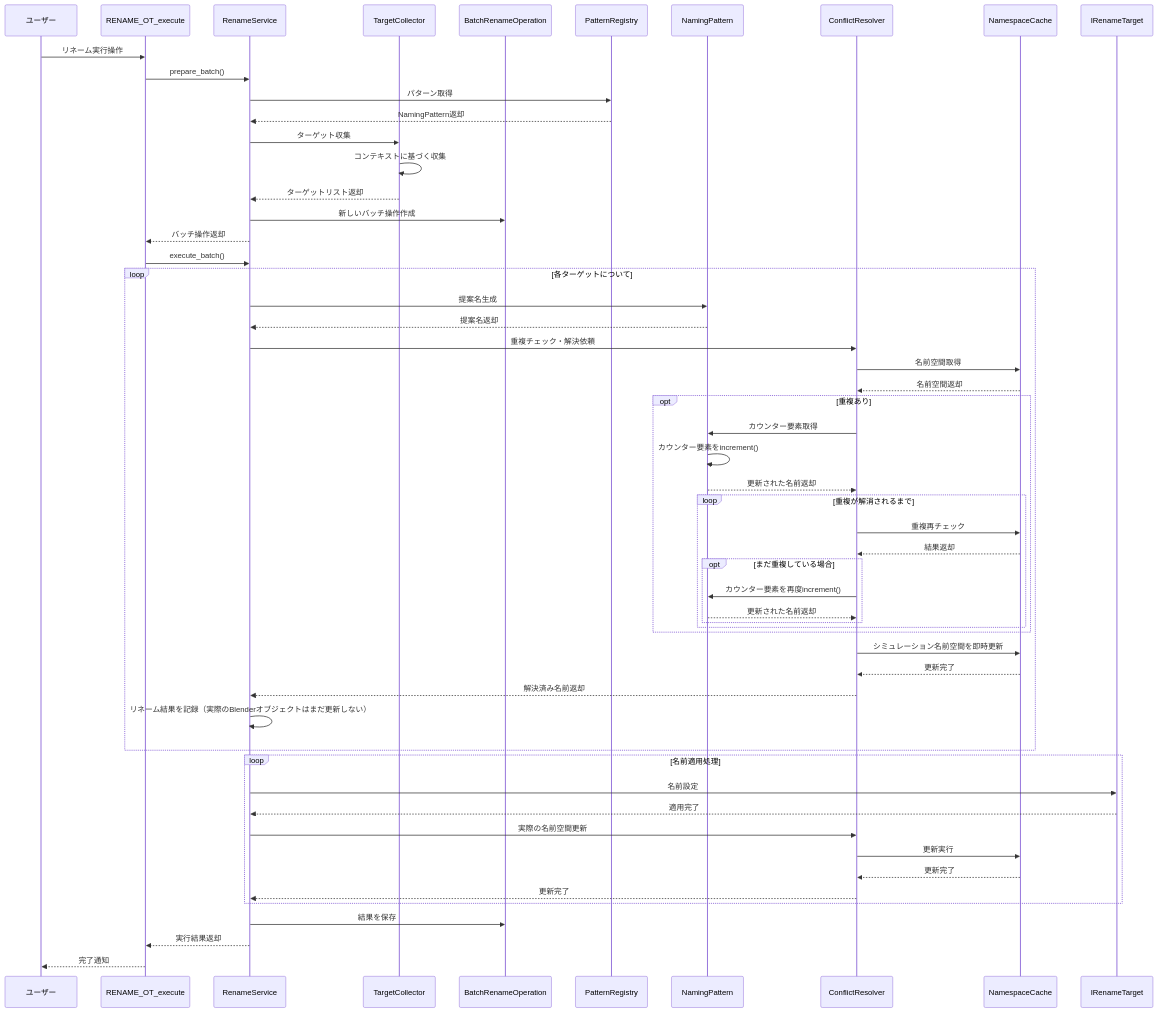
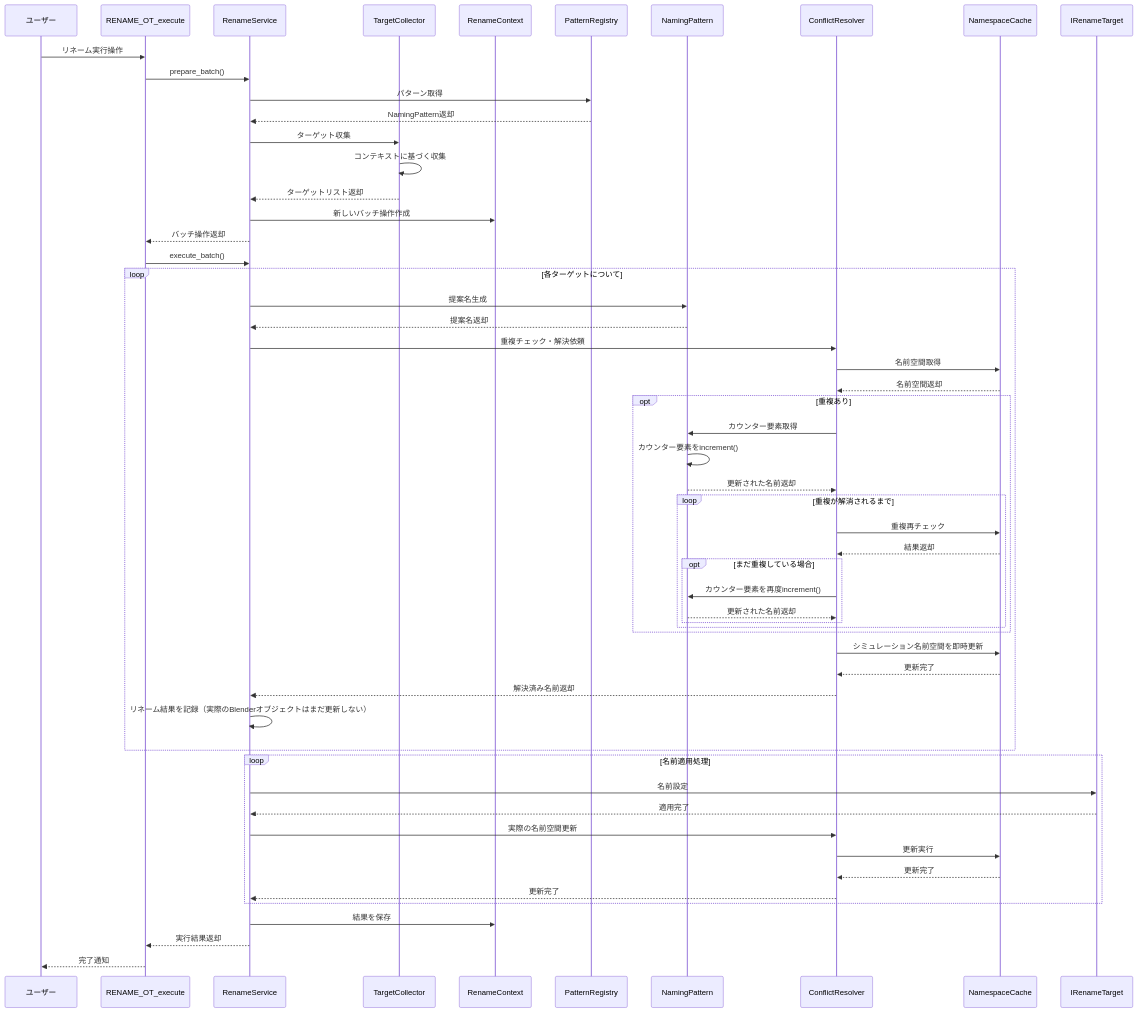
Before and after one commit to Pluglug/modular-renamer: the first of 3 diagrams in docs/source/development/design_notes/class_diagrams.rst, drawn with Mermaid. The commit also changed other lines of this file and 4 other files, not shown here.

Commit message:
BatchRenameOperation→RenameContext

```diff
--- a/docs/source/development/design_notes/class_diagrams.rst
+++ b/docs/source/development/design_notes/class_diagrams.rst
@@ -5,74 +5,74 @@
 .. mermaid::
     :caption: 順次処理型一括リネーム処理フロー
     :zoom:
 
     sequenceDiagram
         participant ユーザー
         participant RENAME_OT_execute
         participant RenameService
         participant TargetCollector
-        participant BatchRenameOperation
+        participant RenameContext
         participant PatternRegistry
         participant NamingPattern
         participant ConflictResolver
         participant NamespaceCache
         
         ユーザー->>RENAME_OT_execute: リネーム実行操作
         RENAME_OT_execute->>RenameService: prepare_batch()
         
         RenameService->>PatternRegistry: パターン取得
         PatternRegistry-->>RenameService: NamingPattern返却
         
         RenameService->>TargetCollector: ターゲット収集
         TargetCollector->>TargetCollector: コンテキストに基づく収集
         TargetCollector-->>RenameService: ターゲットリスト返却
         
-        RenameService->>BatchRenameOperation: 新しいバッチ操作作成
+        RenameService->>RenameContext: 新しいバッチ操作作成
         RenameService-->>RENAME_OT_execute: バッチ操作返却
         
         RENAME_OT_execute->>RenameService: execute_batch()
         
         loop 各ターゲットについて
             RenameService->>NamingPattern: 提案名生成
             NamingPattern-->>RenameService: 提案名返却
             
             RenameService->>ConflictResolver: 重複チェック・解決依頼
             ConflictResolver->>NamespaceCache: 名前空間取得
             NamespaceCache-->>ConflictResolver: 名前空間返却
             
             opt 重複あり
                 ConflictResolver->>NamingPattern: カウンター要素取得
                 NamingPattern->>NamingPattern: カウンター要素をincrement()
                 NamingPattern-->>ConflictResolver: 更新された名前返却
                 
                 loop 重複が解消されるまで
                     ConflictResolver->>NamespaceCache: 重複再チェック
                     NamespaceCache-->>ConflictResolver: 結果返却
                     
                     opt まだ重複している場合
                         ConflictResolver->>NamingPattern: カウンター要素を再度increment()
                         NamingPattern-->>ConflictResolver: 更新された名前返却
                     end
                 end
             end
             
             ConflictResolver->>NamespaceCache: シミュレーション名前空間を即時更新
             NamespaceCache-->>ConflictResolver: 更新完了
             ConflictResolver-->>RenameService: 解決済み名前返却
             
             RenameService->>RenameService: リネーム結果を記録（実際のBlenderオブジェクトはまだ更新しない）
         end
         
         loop 名前適用処理
             RenameService->>IRenameTarget: 名前設定
             IRenameTarget-->>RenameService: 適用完了
             
             RenameService->>ConflictResolver: 実際の名前空間更新
             ConflictResolver->>NamespaceCache: 更新実行
             NamespaceCache-->>ConflictResolver: 更新完了
             ConflictResolver-->>RenameService: 更新完了
         end
         
-        RenameService->>BatchRenameOperation: 結果を保存
+        RenameService->>RenameContext: 結果を保存
         RenameService-->>RENAME_OT_execute: 実行結果返却
         RENAME_OT_execute-->>ユーザー: 完了通知
```
